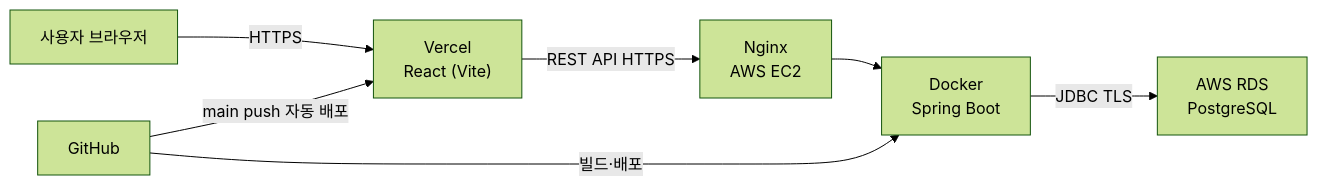
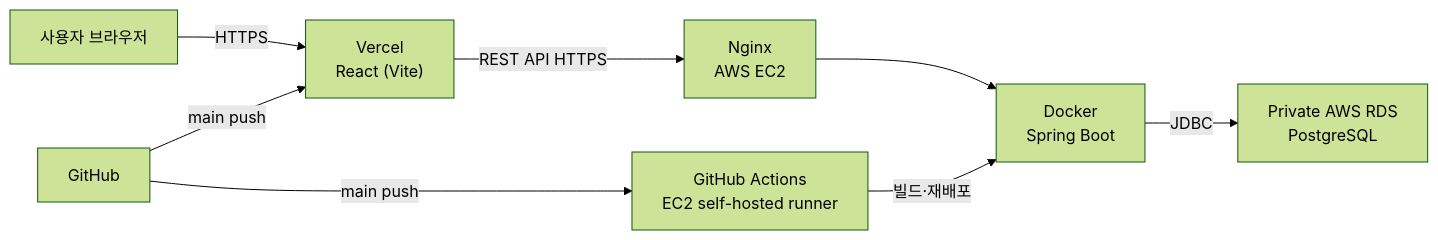
One commit to dh0250/studyon-backend changed the second of 4 diagrams in README.md. Above: the diagram before and after it, drawn with Mermaid (forest theme). The commit also changed other lines of this file and 8 other files, not shown here.

````diff
--- a/README.md
+++ b/README.md
@@ -90,9 +98,10 @@
 ```mermaid
 flowchart LR
     U["사용자 브라우저"] -->|HTTPS| V["Vercel<br>React (Vite)"]
     V -->|REST API HTTPS| N["Nginx<br>AWS EC2"]
     N --> B["Docker<br>Spring Boot"]
-    B -->|JDBC TLS| R["AWS RDS<br>PostgreSQL"]
-    G["GitHub"] -->|main push 자동 배포| V
-    G -->|빌드·배포| B
+    B -->|JDBC| R["Private AWS RDS<br>PostgreSQL"]
+    G["GitHub"] -->|main push| V
+    G -->|main push| A["GitHub Actions<br>EC2 self-hosted runner"]
+    A -->|빌드·재배포| B
 ```
````
